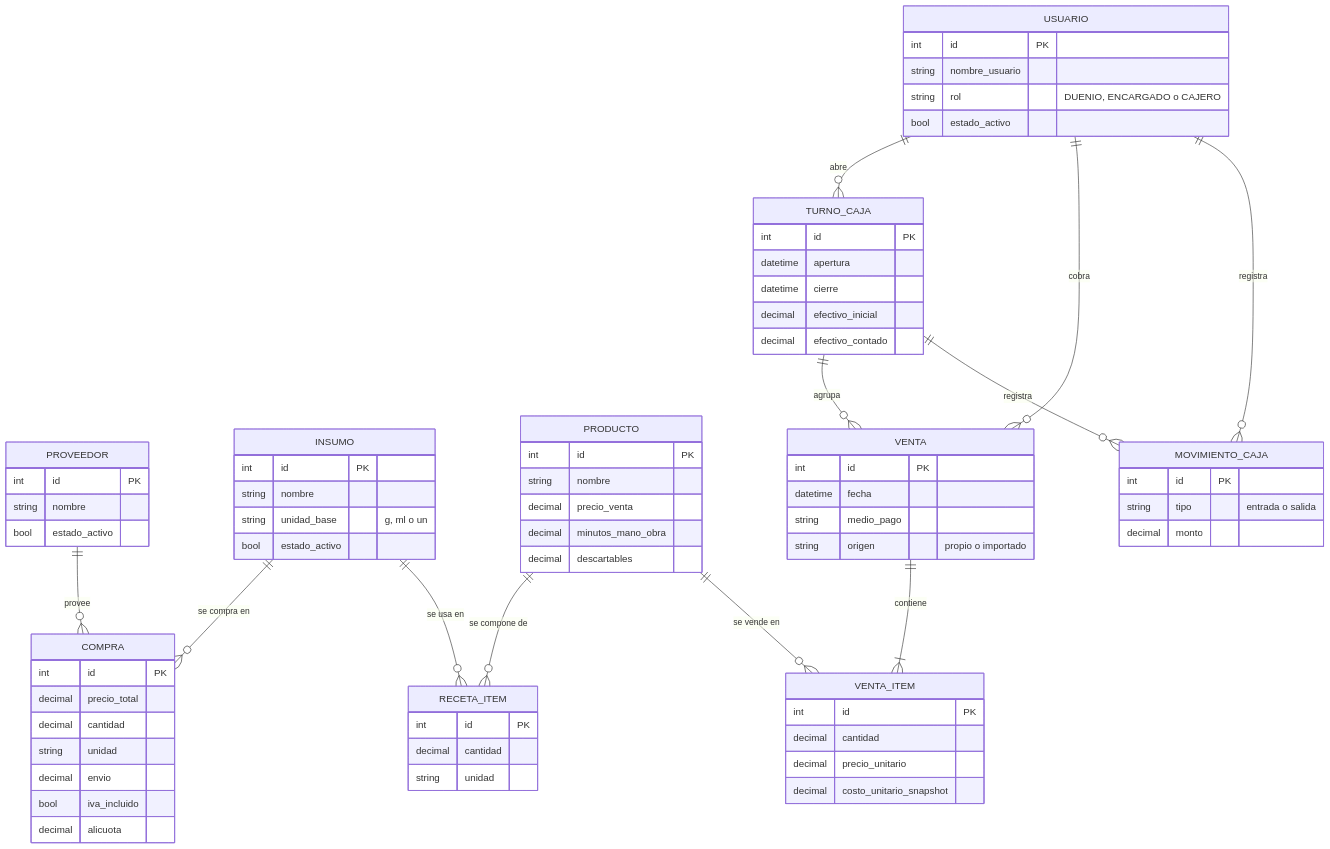
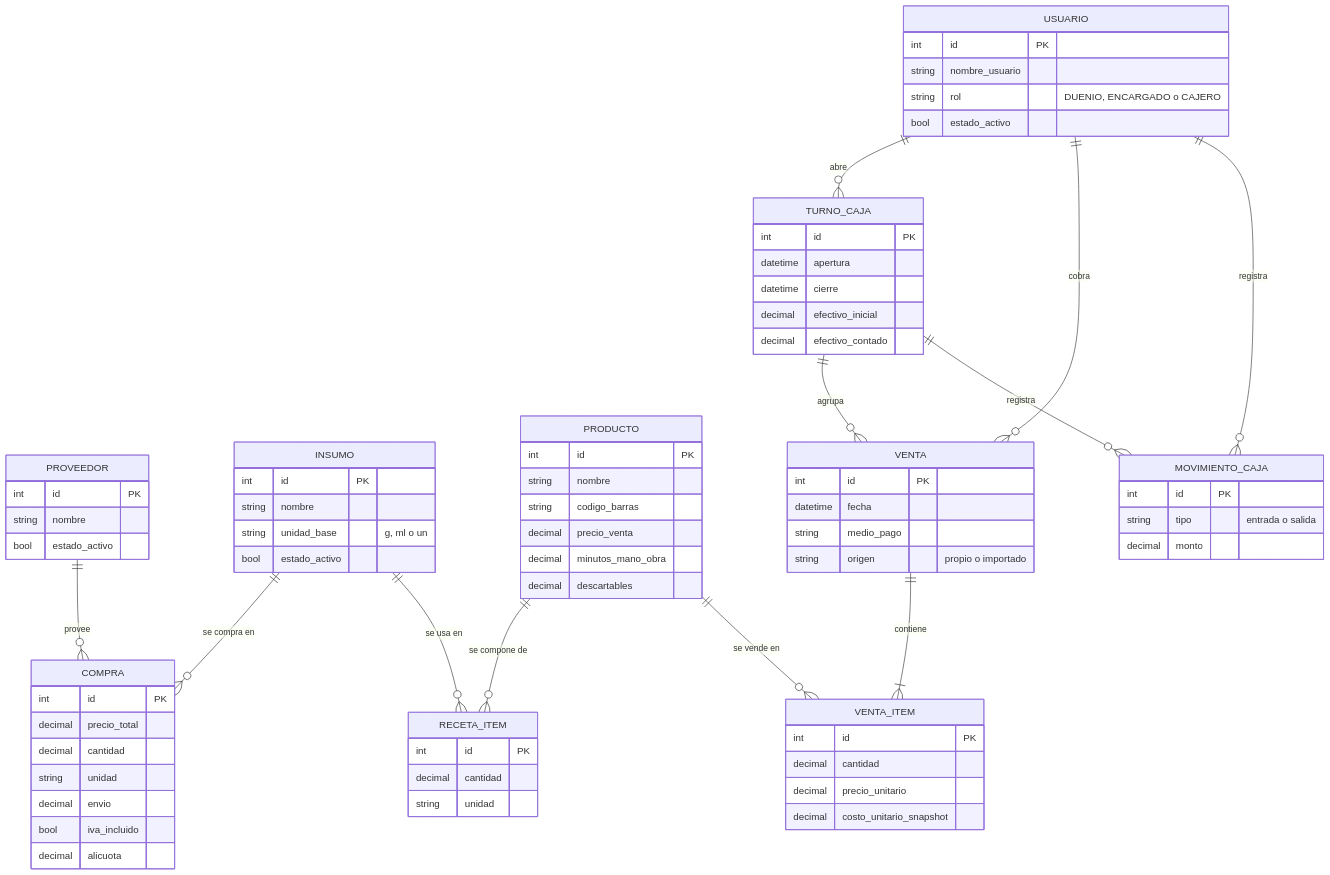
One commit to Zalko03/tpi-tfi-utn changed the diagram in docs/PROPUESTA.md. Above: the diagram before and after it, drawn with Mermaid. The commit also changed other lines of this file and 6 other files, not shown here.

Commit message:
docs: definir arquitectura local hibrida con pwa y soporte de codigo de barras

````diff
--- a/docs/PROPUESTA.md
+++ b/docs/PROPUESTA.md
@@ -140,77 +151,78 @@
 ```mermaid
 erDiagram
     PROVEEDOR ||--o{ COMPRA : "provee"
     INSUMO ||--o{ COMPRA : "se compra en"
     PRODUCTO ||--o{ RECETA_ITEM : "se compone de"
     INSUMO ||--o{ RECETA_ITEM : "se usa en"
     VENTA ||--|{ VENTA_ITEM : "contiene"
     PRODUCTO ||--o{ VENTA_ITEM : "se vende en"
     TURNO_CAJA ||--o{ VENTA : "agrupa"
     TURNO_CAJA ||--o{ MOVIMIENTO_CAJA : "registra"
     USUARIO ||--o{ TURNO_CAJA : "abre"
     USUARIO ||--o{ VENTA : "cobra"
     USUARIO ||--o{ MOVIMIENTO_CAJA : "registra"
 
     PROVEEDOR {
         int id PK
         string nombre
         bool estado_activo
     }
     INSUMO {
         int id PK
         string nombre
         string unidad_base "g, ml o un"
         bool estado_activo
     }
     COMPRA {
         int id PK
         decimal precio_total
         decimal cantidad
         string unidad
         decimal envio
         bool iva_incluido
         decimal alicuota
     }
     PRODUCTO {
         int id PK
         string nombre
+        string codigo_barras
         decimal precio_venta
         decimal minutos_mano_obra
         decimal descartables
     }
     RECETA_ITEM {
         int id PK
         decimal cantidad
         string unidad
     }
     VENTA {
         int id PK
         datetime fecha
         string medio_pago
         string origen "propio o importado"
     }
     VENTA_ITEM {
         int id PK
         decimal cantidad
         decimal precio_unitario
         decimal costo_unitario_snapshot
     }
     TURNO_CAJA {
         int id PK
         datetime apertura
         datetime cierre
         decimal efectivo_inicial
         decimal efectivo_contado
     }
     MOVIMIENTO_CAJA {
         int id PK
         string tipo "entrada o salida"
         decimal monto
     }
     USUARIO {
         int id PK
         string nombre_usuario
         string rol "DUENIO, ENCARGADO o CAJERO"
         bool estado_activo
     }
 ```
````
